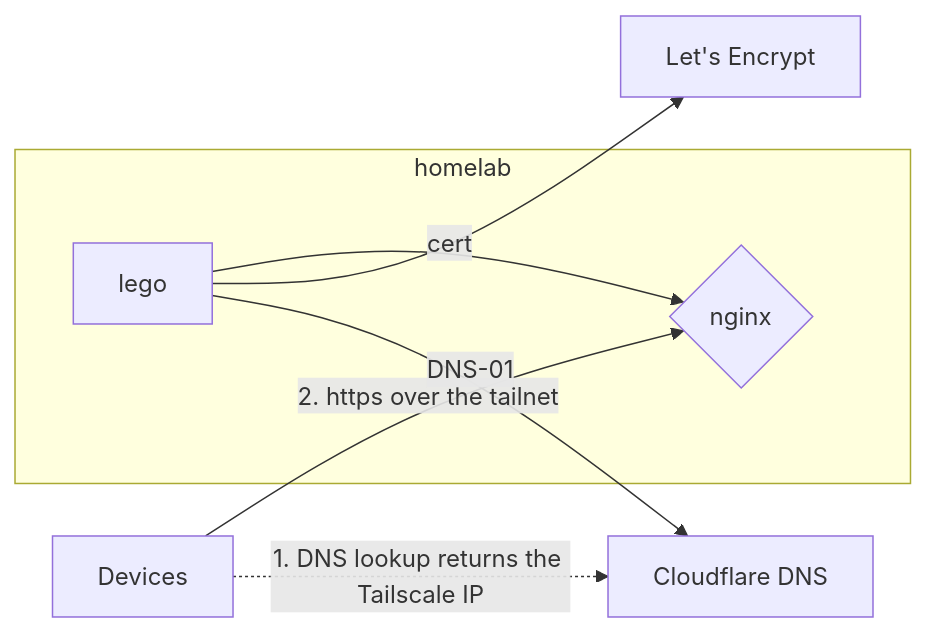
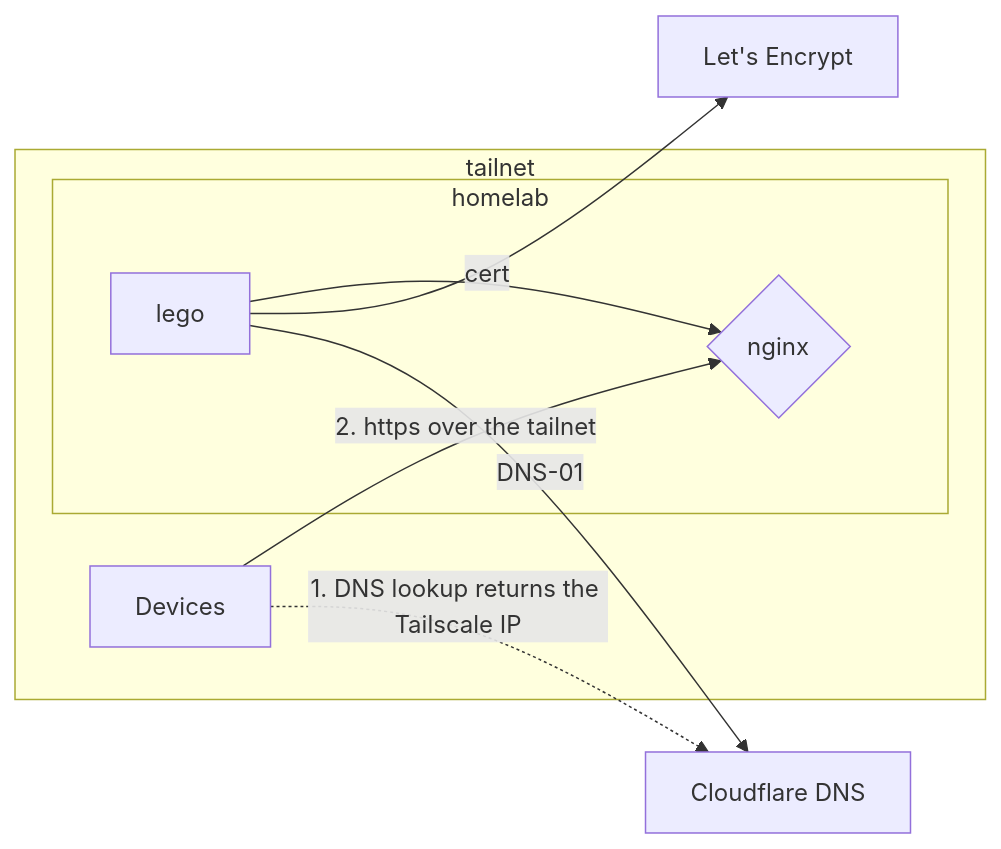
Before and after one commit to alexpyoung/homelab: the first of 2 diagrams in README.md, drawn with Mermaid. The commit also changed other lines of this file, not shown here.

Commit message:
doc(README): draw the tailnet in both architecture diagrams

````diff
--- a/README.md
+++ b/README.md
@@ -55,15 +55,17 @@
 ```mermaid
 flowchart LR
-    Devices
     cf[Cloudflare DNS]
     le[Let's Encrypt]
-    subgraph homelab
-        lego
-        nginx{nginx}
+    subgraph tailnet
+        Devices
+        subgraph homelab
+            lego
+            nginx{nginx}
+        end
     end
     Devices -."1. DNS lookup returns the Tailscale IP".-> cf
     Devices --"2. https over the tailnet"--> nginx
     lego --"DNS-01"--> cf
     lego --> le
     lego --"cert"--> nginx
 ```
````
